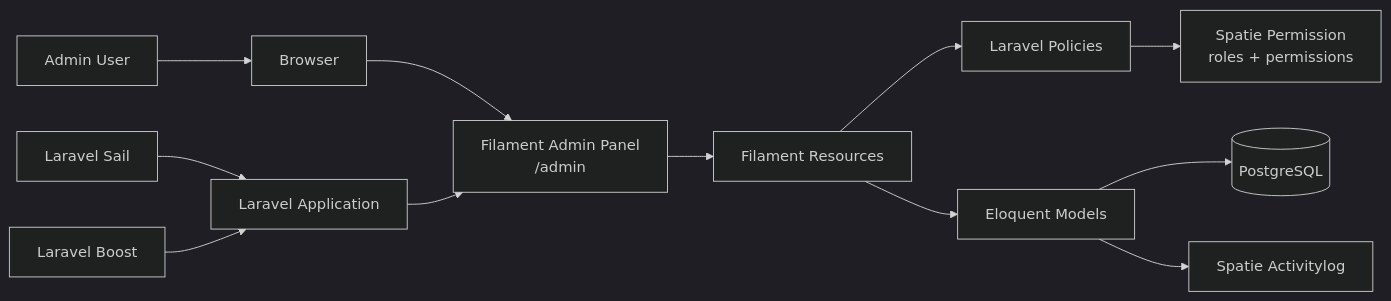
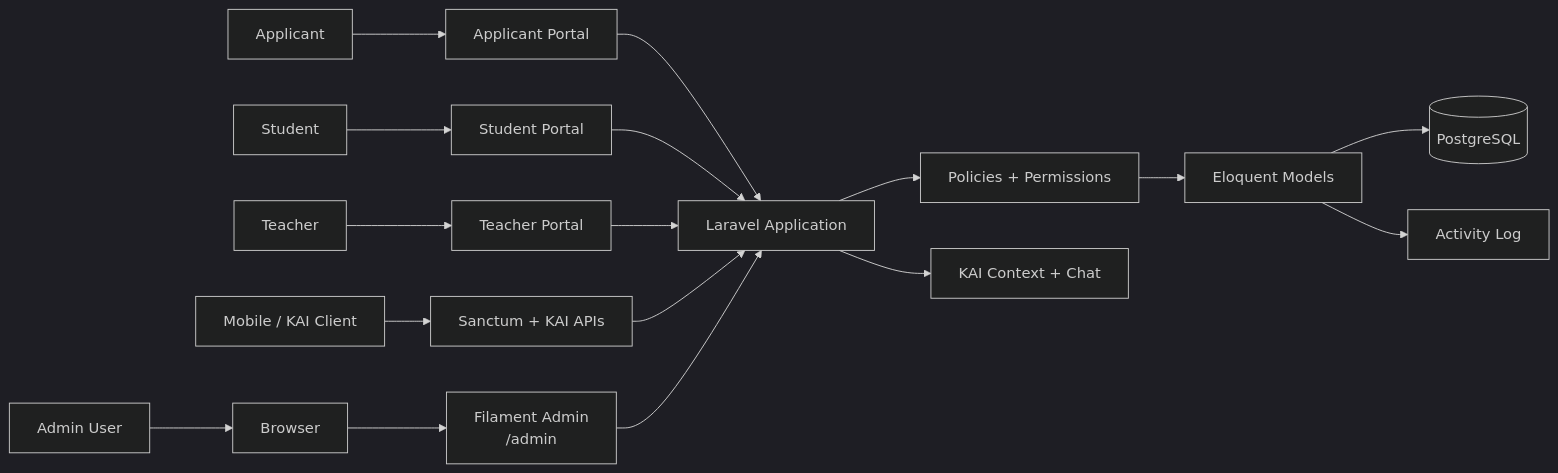
One commit to zedxmidkidlit1/kyauksetu-erp changed the first of 3 diagrams in README.md. Above: the diagram before and after it, drawn with Mermaid (dark theme). The commit also changed other lines of this file and 1 other file, not shown here.

````diff
--- a/README.md
+++ b/README.md
@@ -105,17 +170,21 @@
 ```mermaid
 flowchart LR
     Admin["Admin User"] --> Browser["Browser"]
-    Browser --> Panel["Filament Admin Panel<br>/admin"]
+    Applicant["Applicant"] --> ApplicantPortal["Applicant Portal"]
+    Student["Student"] --> StudentPortal["Student Portal"]
+    Teacher["Teacher"] --> TeacherPortal["Teacher Portal"]
+    Mobile["Mobile / KAI Client"] --> API["Sanctum + KAI APIs"]
 
-    Panel --> Resources["Filament Resources"]
-    Resources --> Policies["Laravel Policies"]
-    Policies --> Permissions["Spatie Permission<br>roles + permissions"]
+    Browser --> Panel["Filament Admin<br>/admin"]
+    ApplicantPortal --> Laravel["Laravel Application"]
+    StudentPortal --> Laravel
+    TeacherPortal --> Laravel
+    API --> Laravel
+    Panel --> Laravel
 
-    Resources --> Models["Eloquent Models"]
+    Laravel --> Policies["Policies + Permissions"]
+    Policies --> Models["Eloquent Models"]
     Models --> DB[("PostgreSQL")]
-    Models --> Audit["Spatie Activitylog"]
-
-    Sail["Laravel Sail"] --> App["Laravel Application"]
-    Boost["Laravel Boost"] --> App
-    App --> Panel
+    Models --> Audit["Activity Log"]
+    Laravel --> Kai["KAI Context + Chat"]
 ```
````
